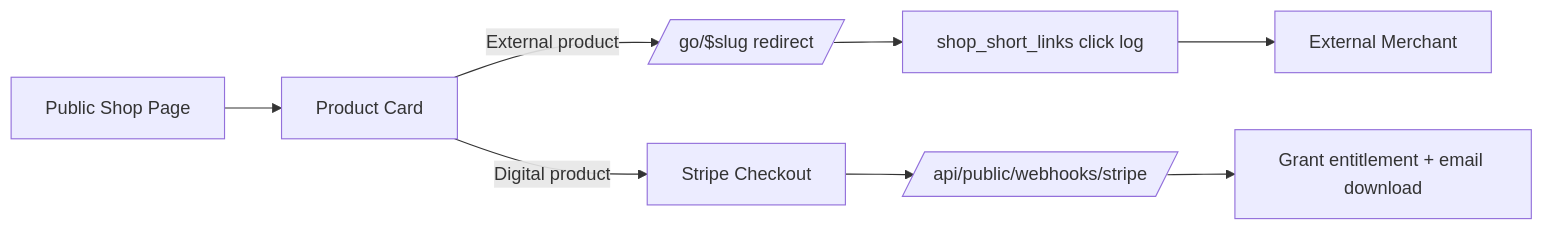
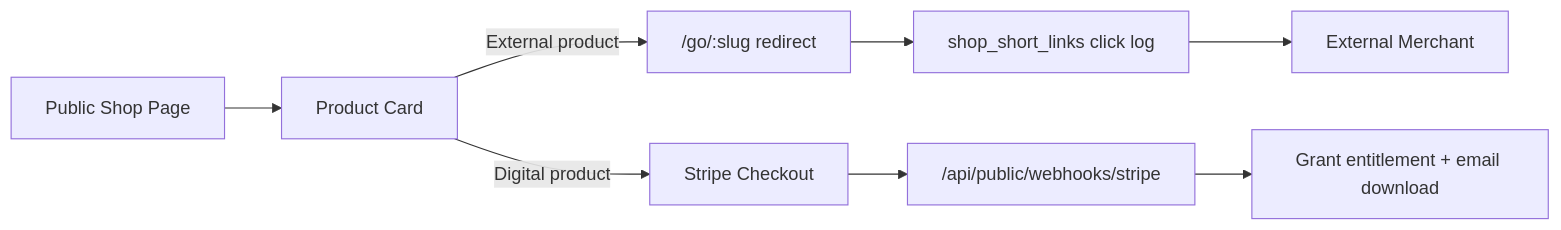
The seventh of 11 diagrams in README.md (tcodes27/b.marc-wellness-hub), drawn with Mermaid before and after one commit.

````diff
--- a/README.md
+++ b/README.md
@@ -786,10 +786,10 @@
 ```mermaid
 flowchart LR
   Shop[Public Shop Page] --> Card[Product Card]
-  Card -->|External product| Short[/go/$slug redirect/]
+  Card -->|External product| Short["/go/:slug redirect"]
   Short --> Click[shop_short_links click log]
   Click --> Merchant[External Merchant]
   Card -->|Digital product| Checkout[Stripe Checkout]
-  Checkout --> Webhook[/api/public/webhooks/stripe/]
+  Checkout --> Webhook["/api/public/webhooks/stripe"]
   Webhook --> Entitlement[Grant entitlement + email download]
 ```
````
